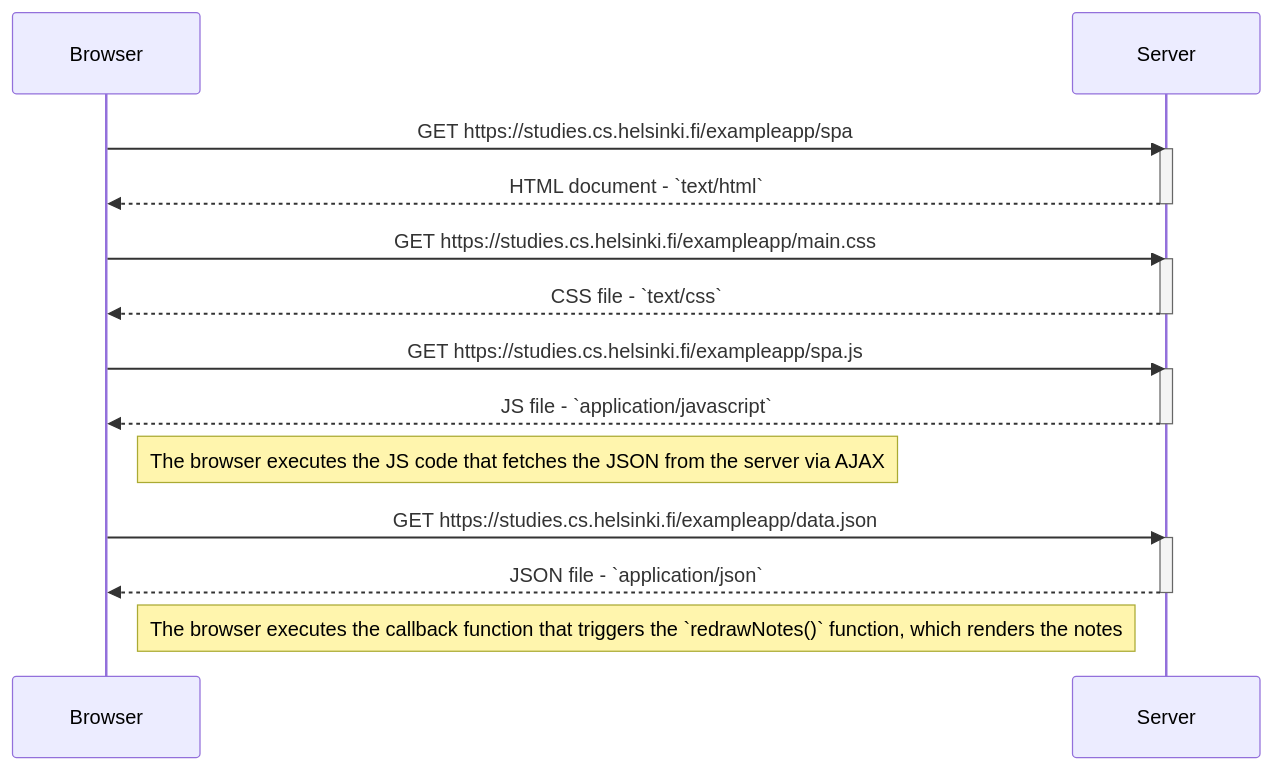
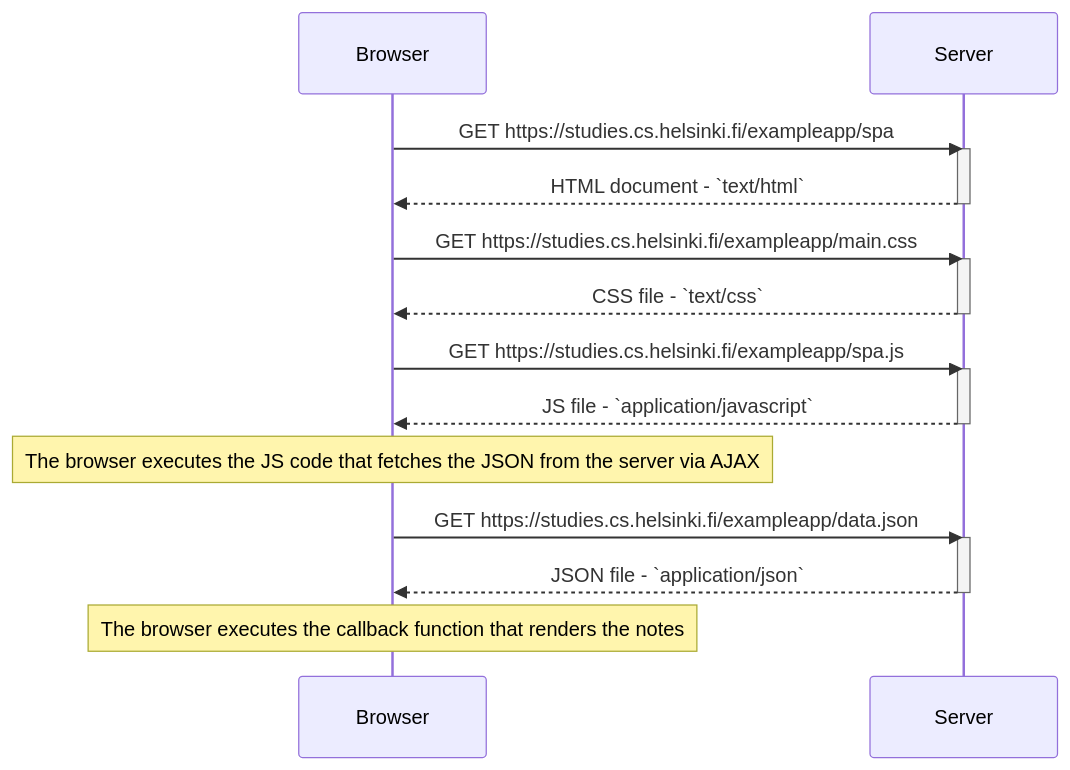
One commit to paulodetarsofm/fullstack-hy2020.github.io--exercises changed the diagram in part0/exercise-0-5.md. Above: the diagram before and after it, drawn with Mermaid. The commit also changed other lines of this file and 3 other files, not shown here.

````diff
--- a/part0/exercise-0-5.md
+++ b/part0/exercise-0-5.md
@@ -5,29 +5,33 @@
 ```mermaid
 sequenceDiagram
     participant Browser
     participant Server
 
     Browser->>Server: GET https://studies.cs.helsinki.fi/exampleapp/spa
+
     activate Server
     Server-->>Browser: HTML document - `text/html`
     deactivate Server
 
     Browser->>Server: GET https://studies.cs.helsinki.fi/exampleapp/main.css
+
     activate Server
     Server-->>Browser: CSS file - `text/css`
     deactivate Server
 
     Browser->>Server: GET https://studies.cs.helsinki.fi/exampleapp/spa.js
+
     activate Server
     Server-->>Browser: JS file - `application/javascript`
     deactivate Server
 
-    Note right of Browser: The browser executes the JS code that fetches the JSON from the server via AJAX
+    Note over Browser: The browser executes the JS code that fetches the JSON from the server via AJAX
 
     Browser->>Server: GET https://studies.cs.helsinki.fi/exampleapp/data.json
+
     activate Server
     Server-->>Browser: JSON file - `application/json`
     deactivate Server
 
-    Note right of Browser: The browser executes the callback function that triggers the `redrawNotes()` function, which renders the notes
+    Note over Browser: The browser executes the callback function that renders the notes
 ```
````
